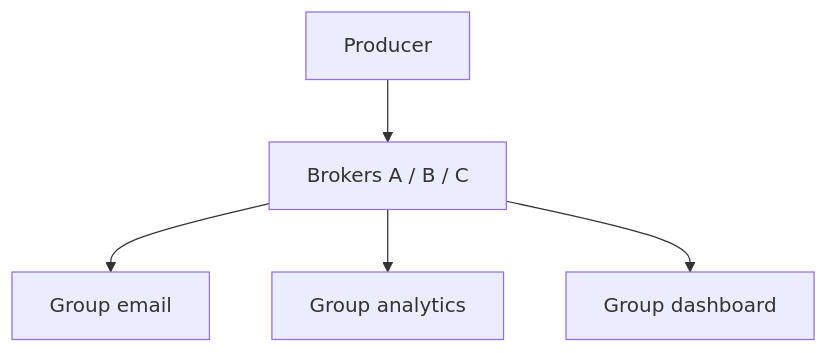
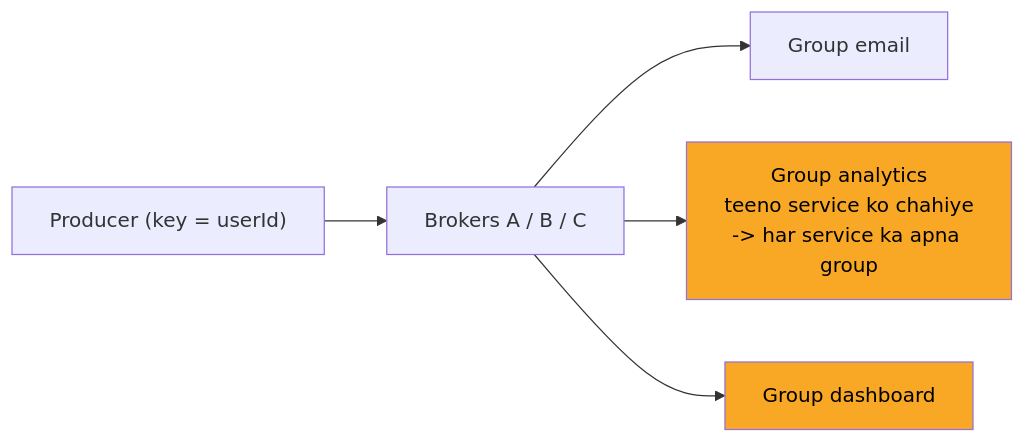
One commit to ArpanMaheshwari144/Prep changed the sixth of 12 diagrams in 04_HLD/SYSTEM_DESIGNS/12_message_queue_kafka/12_message_queue_kafka.md. Above: the diagram before and after it, drawn with Mermaid. The commit also changed other lines of this file and 2 other files, not shown here.

Commit message:
docs, kafka, banking: one-day story, short cards, follow-ups with rules, highlighted diagrams

````diff
--- a/04_HLD/SYSTEM_DESIGNS/12_message_queue_kafka/12_message_queue_kafka.md
+++ b/04_HLD/SYSTEM_DESIGNS/12_message_queue_kafka/12_message_queue_kafka.md
@@ -191,12 +195,14 @@
 ```mermaid
-flowchart TD
-    n_Producer["Producer"]
-    n_Brokers_A_B_C["Brokers A / B / C"]
-    n_Group_email["Group email"]
-    n_Group_analytics["Group analytics"]
-    n_Group_dashboard["Group dashboard"]
-    n_Producer --> n_Brokers_A_B_C
-    n_Brokers_A_B_C --> n_Group_email
-    n_Brokers_A_B_C --> n_Group_analytics
-    n_Brokers_A_B_C --> n_Group_dashboard
+flowchart LR
+    n_P["Producer (key = userId)"]
+    n_B["Brokers A / B / C"]
+    n_GE["Group email"]
+    n_GA["Group analytics<br/>teeno service ko chahiye<br/>-> har service ka apna group"]
+    n_GD["Group dashboard"]
+    n_P --> n_B
+    n_B --> n_GE
+    n_B --> n_GA
+    n_B --> n_GD
+    style n_GA fill:#f9a825,color:#000
+    style n_GD fill:#f9a825,color:#000
 ```
````
